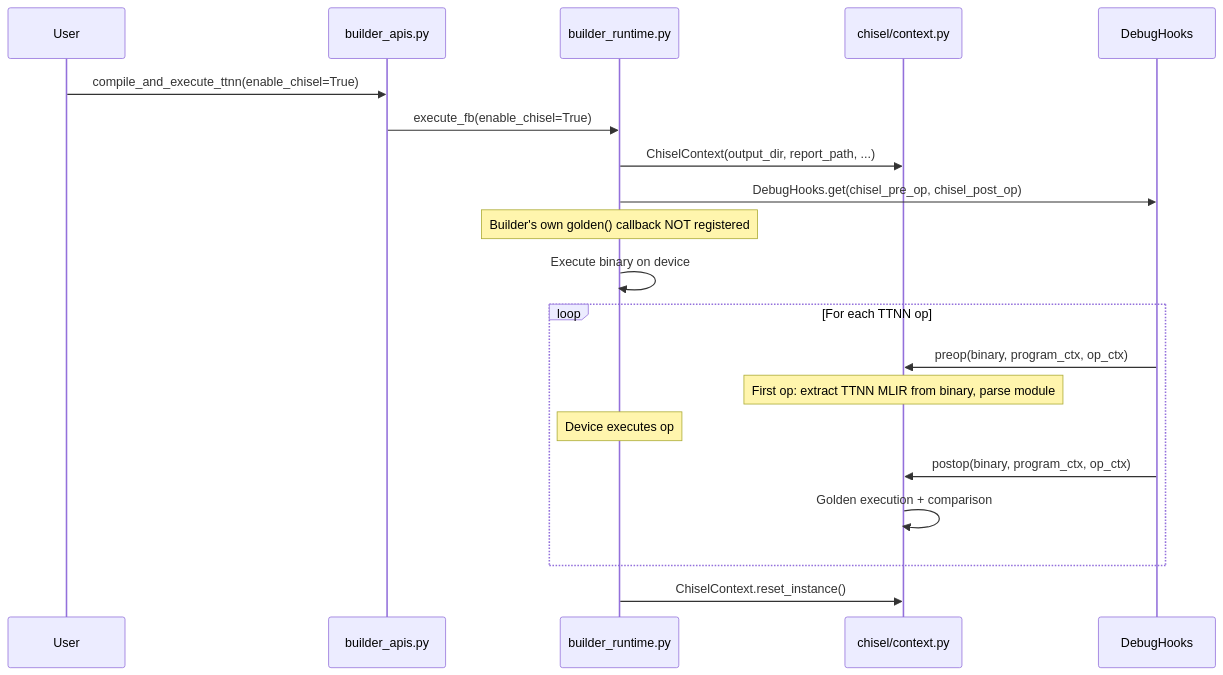
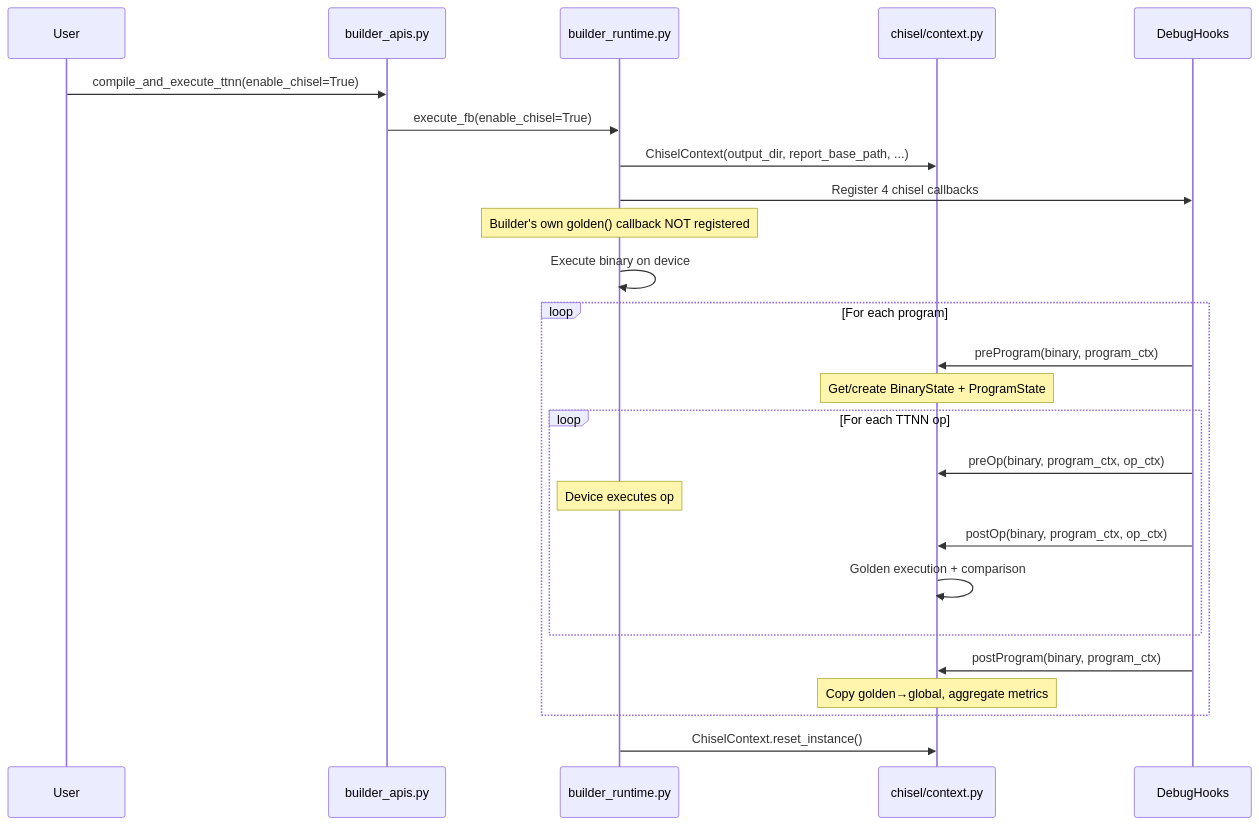
The fourth of 4 diagrams in tools/chisel/docs/architecture.md (tenstorrent/tt-mlir), drawn with Mermaid before and after one commit. The commit also changed other lines of this file and 7 other files, not shown here.

````diff
--- a/tools/chisel/docs/architecture.md
+++ b/tools/chisel/docs/architecture.md
@@ -214,23 +288,28 @@
 ```mermaid
 sequenceDiagram;
     participant User
     participant Builder as builder_apis.py
     participant Runtime as builder_runtime.py
     participant Chisel as chisel/context.py
     participant Hooks as DebugHooks
 
     User->>Builder: compile_and_execute_ttnn(enable_chisel=True)
     Builder->>Runtime: execute_fb(enable_chisel=True)
-    Runtime->>Chisel: ChiselContext(output_dir, report_path, ...)
-    Runtime->>Hooks: DebugHooks.get(chisel_pre_op, chisel_post_op)
+    Runtime->>Chisel: ChiselContext(output_dir, report_base_path, ...)
+    Runtime->>Hooks: Register 4 chisel callbacks
     Note over Runtime: Builder's own golden() callback NOT registered
     Runtime->>Runtime: Execute binary on device
-    loop For each TTNN op
-        Hooks->>Chisel: preop(binary, program_ctx, op_ctx)
-        Note over Chisel: First op: extract TTNN MLIR from binary, parse module
-        Note over Runtime: Device executes op
-        Hooks->>Chisel: postop(binary, program_ctx, op_ctx)
-        Chisel->>Chisel: Golden execution + comparison
+    loop For each program
+        Hooks->>Chisel: preProgram(binary, program_ctx)
+        Note over Chisel: Get/create BinaryState + ProgramState
+        loop For each TTNN op
+            Hooks->>Chisel: preOp(binary, program_ctx, op_ctx)
+            Note over Runtime: Device executes op
+            Hooks->>Chisel: postOp(binary, program_ctx, op_ctx)
+            Chisel->>Chisel: Golden execution + comparison
+        end
+        Hooks->>Chisel: postProgram(binary, program_ctx)
+        Note over Chisel: Copy golden→global, aggregate metrics
     end
     Runtime->>Chisel: ChiselContext.reset_instance()
 ```
````
